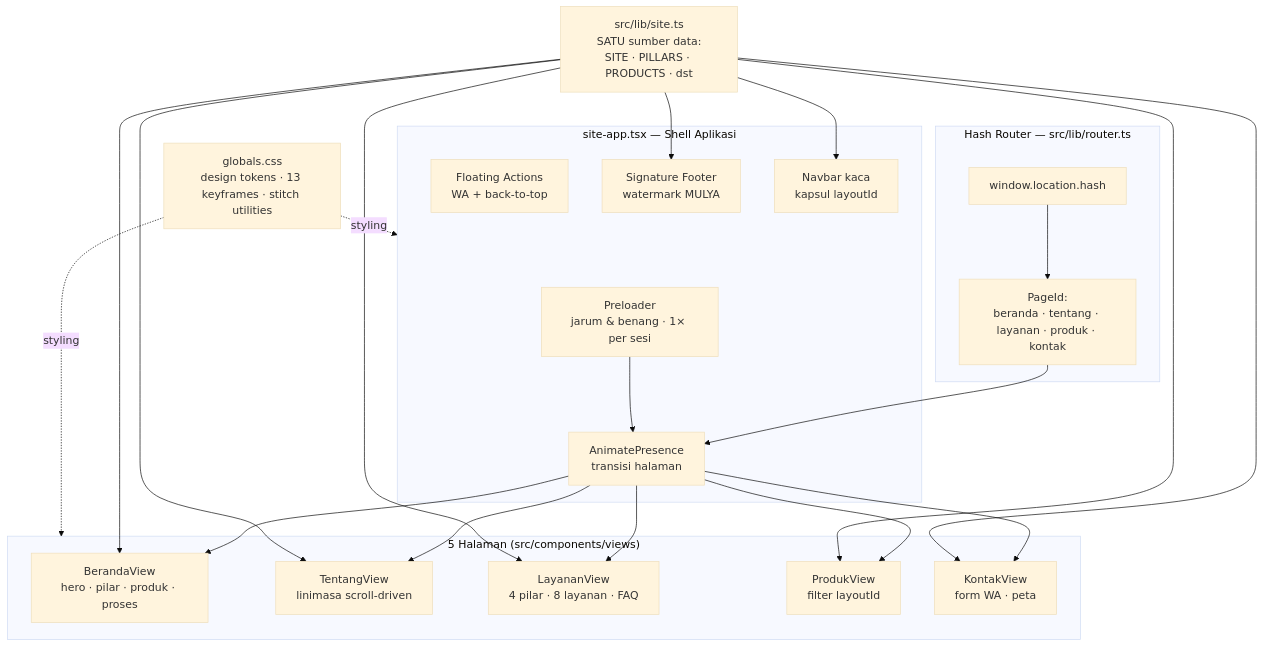
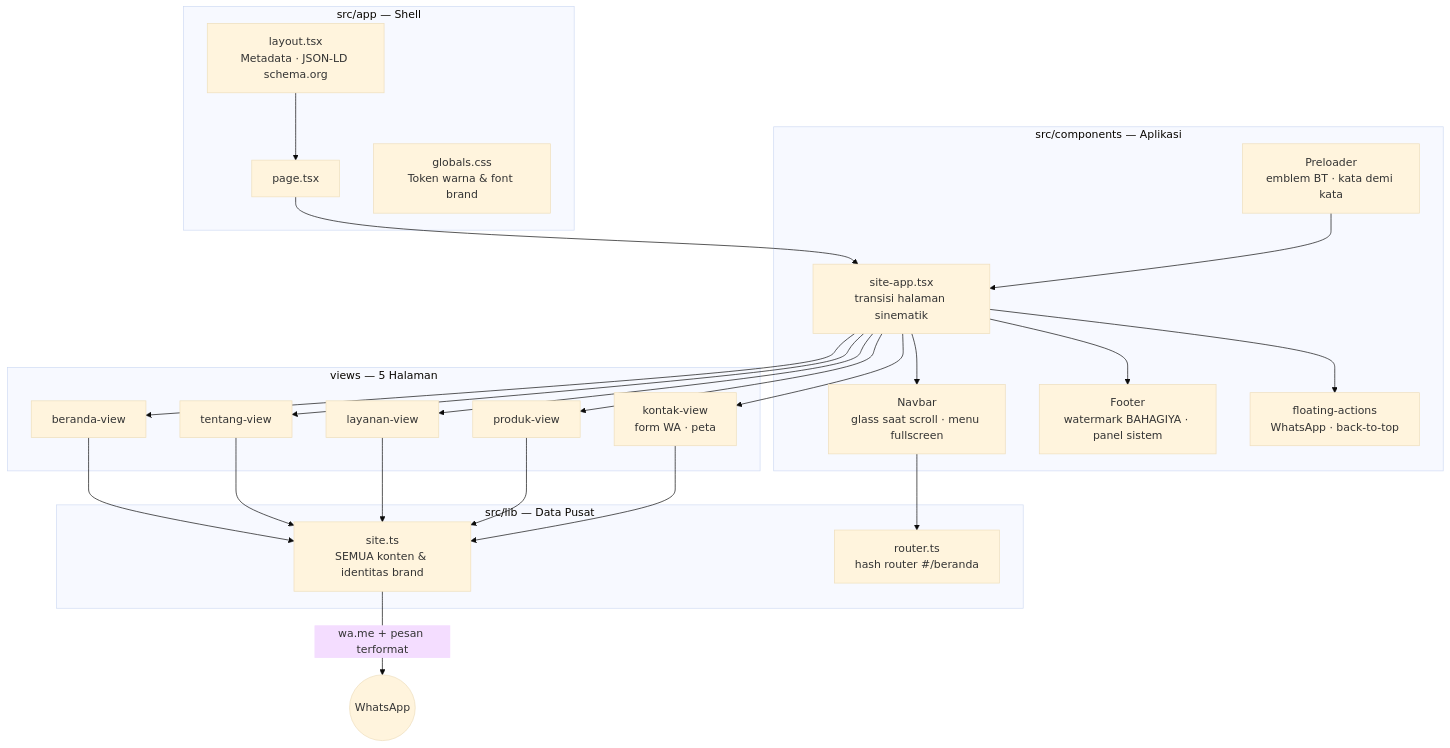
The diagram in README.md (gunaracorp/bahagiya-taylor), drawn with Mermaid (base theme) before and after one commit. The commit also changed other lines of this file and 39 other files, not shown here.

First line of the commit message:
Rebranding total: Mulya Konveksi → Bahagiya Taylor Groups

````diff
--- a/README.md
+++ b/README.md
@@ -175,35 +87,36 @@
 ```mermaid
 flowchart TB
-    subgraph SHELL["site-app.tsx — Shell Aplikasi"]
-        PRE["Preloader<br/>jarum & benang · 1× per sesi"]
-        NAV["Navbar kaca<br/>kapsul layoutId"]
-        TRANS["AnimatePresence<br/>transisi halaman"]
-        FOOT["Signature Footer<br/>watermark MULYA"]
-        FLOAT["Floating Actions<br/>WA + back-to-top"]
+    subgraph SHELL["src/app — Shell"]
+        L["layout.tsx<br/>Metadata · JSON-LD schema.org"]
+        P["page.tsx"]
+        G["globals.css<br/>Token warna & font brand"]
     end
 
-    subgraph ROUTER["Hash Router — src/lib/router.ts"]
-        HASH["window.location.hash"]
-        PAGE["PageId:<br/>beranda · tentang · layanan · produk · kontak"]
+    subgraph APP["src/components — Aplikasi"]
+        PRE["Preloader<br/>emblem BT · kata demi kata"]
+        NAV["Navbar<br/>glass saat scroll · menu fullscreen"]
+        SITEAPP["site-app.tsx<br/>transisi halaman sinematik"]
+        FOOT["Footer<br/>watermark BAHAGIYA · panel sistem"]
+        FA["floating-actions<br/>WhatsApp · back-to-top"]
     end
 
-    subgraph VIEWS["5 Halaman (src/components/views)"]
-        B["BerandaView<br/>hero · pilar · produk · proses"]
-        T["TentangView<br/>linimasa scroll-driven"]
-        L["LayananView<br/>4 pilar · 8 layanan · FAQ"]
-        P["ProdukView<br/>filter layoutId"]
-        K["KontakView<br/>form WA · peta"]
+    subgraph VIEWS["views — 5 Halaman"]
+        B["beranda-view"]
+        T["tentang-view"]
+        V["layanan-view"]
+        PR["produk-view"]
+        K["kontak-view<br/>form WA · peta"]
     end
 
-    DATA["src/lib/site.ts<br/>SATU sumber data:<br/>SITE · PILLARS · PRODUCTS · dst"]
-    CSS["globals.css<br/>design tokens · 13 keyframes · stitch utilities"]
+    subgraph DATA["src/lib — Data Pusat"]
+        S["site.ts<br/>SEMUA konten & identitas brand"]
+        R["router.ts<br/>hash router #/beranda"]
+    end
 
-    HASH --> PAGE
-    PAGE --> TRANS
-    TRANS --> B & T & L & P & K
-    PRE --> TRANS
-    NAV & FOOT & FLOAT --- SHELL
-    DATA --> B & T & L & P & K
-    DATA --> NAV & FOOT
-    CSS -.->|styling| SHELL & VIEWS
+    L --> P --> SITEAPP
+    PRE --> SITEAPP
+    SITEAPP --> NAV & B & T & V & PR & K & FOOT & FA
+    B & T & V & PR & K --> S
+    NAV --> R
+    S -->|"wa.me + pesan terformat"| WA(("WhatsApp"))
 ```
````
